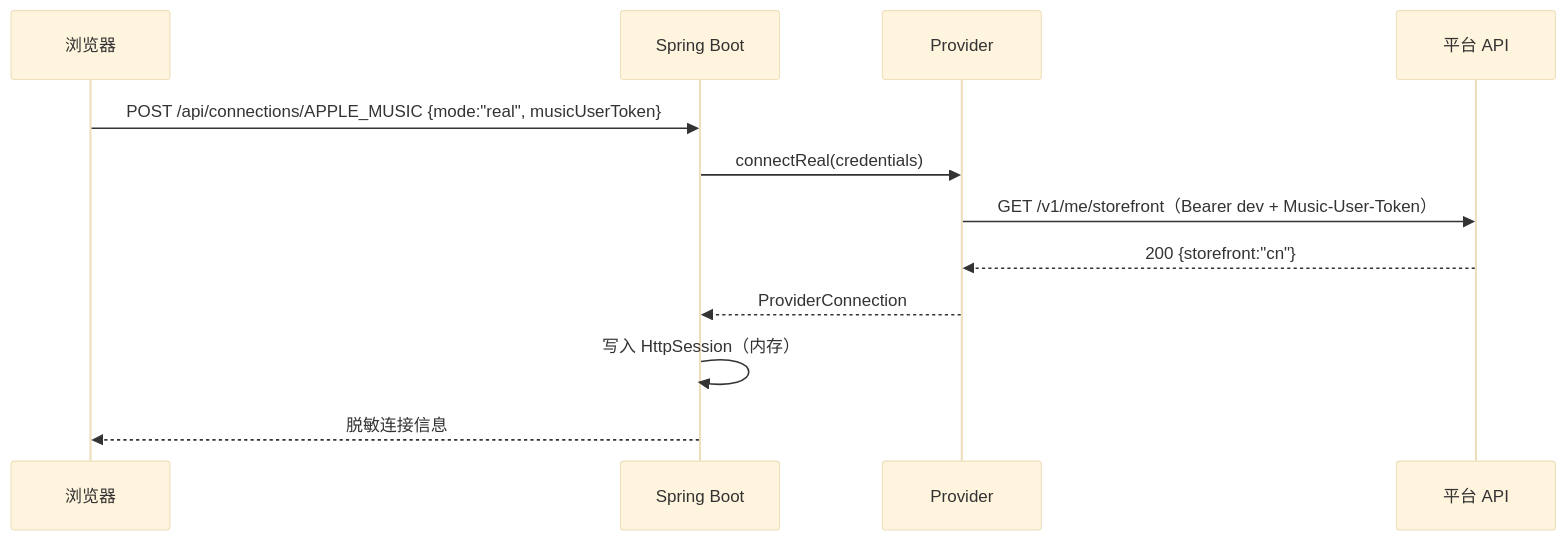
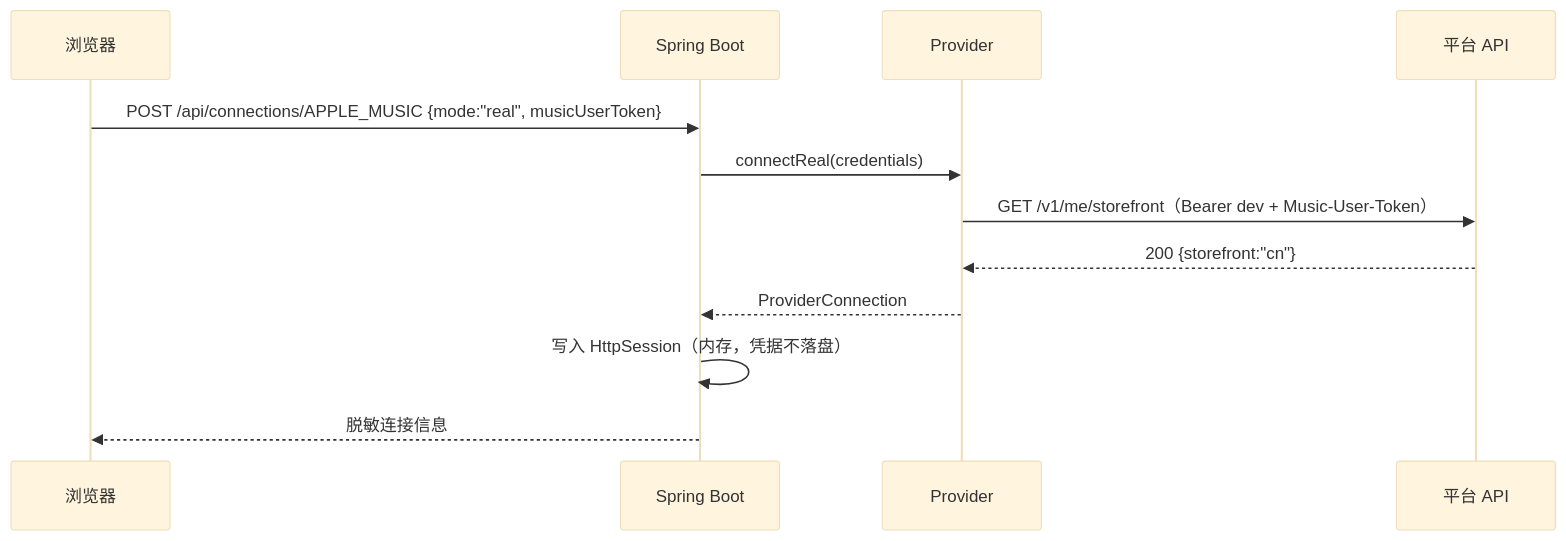
One commit to s610xxx/tunebridge changed the second of 3 diagrams in docs/TECH_DESIGN.md. Above: the diagram before and after it, drawn with Mermaid (base theme). The commit also changed other lines of this file and 2 other files, not shown here.

````diff
--- a/docs/TECH_DESIGN.md
+++ b/docs/TECH_DESIGN.md
@@ -179,14 +261,14 @@
 ```mermaid
 sequenceDiagram
     participant B as 浏览器
     participant S as Spring Boot
     participant P as Provider
     participant API as 平台 API
     B->>S: POST /api/connections/APPLE_MUSIC {mode:"real", musicUserToken}
     S->>P: connectReal(credentials)
     P->>API: GET /v1/me/storefront（Bearer dev + Music-User-Token）
     API-->>P: 200 {storefront:"cn"}
     P-->>S: ProviderConnection
-    S->>S: 写入 HttpSession（内存）
+    S->>S: 写入 HttpSession（内存，凭据不落盘）
     S-->>B: 脱敏连接信息
 ```
````
